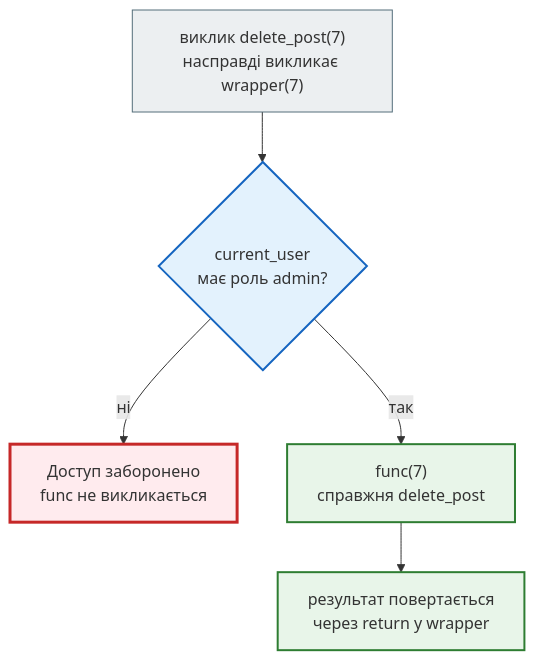
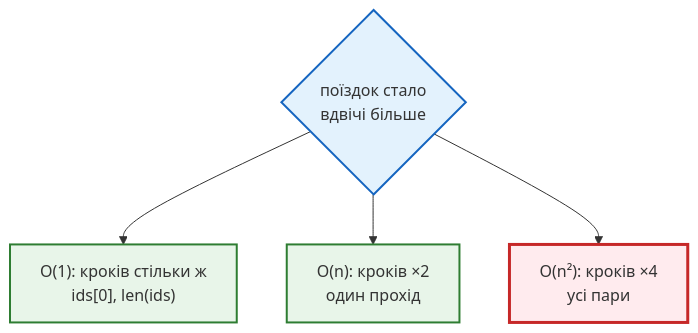
The second of 3 diagrams in docs/modules/m1/lesson_09.md (AlinaRadchenko/PY-Course-Victor-Nikoriak-22-09-2026), drawn with Mermaid before and after one commit. The commit also changed other lines of this file and 1846 other files, not shown here.

````diff
--- a/docs/modules/m1/lesson_09.md
+++ b/docs/modules/m1/lesson_09.md
@@ -239,18 +223,16 @@
 ```mermaid
 flowchart TD
     classDef step     fill:#eceff1,stroke:#546e7a,stroke-width:1px;
     classDef decision fill:#e3f2fd,stroke:#1565c0,stroke-width:2px;
     classDef success  fill:#e8f5e9,stroke:#2e7d32,stroke-width:2px;
     classDef error    fill:#ffebee,stroke:#c62828,stroke-width:3px;
     classDef warning  fill:#fff8e1,stroke:#e65100,stroke-width:2px;
 
-    C["виклик delete_post(7)<br>насправді викликає wrapper(7)"] --> Q{"current_user<br>має роль admin?"}
-    Q -- ні --> N["Доступ заборонено<br>func не викликається"]
-    Q -- так --> F["func(7)<br>справжня delete_post"]
-    F --> R["результат повертається<br>через return у wrapper"]
+    D{"поїздок стало<br>вдвічі більше"} --> C["O(1): кроків стільки ж<br>ids[0], len(ids)"]
+    D --> L["O(n): кроків ×2<br>один прохід"]
+    D --> Q["O(n²): кроків ×4<br>усі пари"]
 
-    class C step
-    class Q decision
-    class N error
-    class F,R success
+    class D decision
+    class C,L success
+    class Q error
 ```
````
